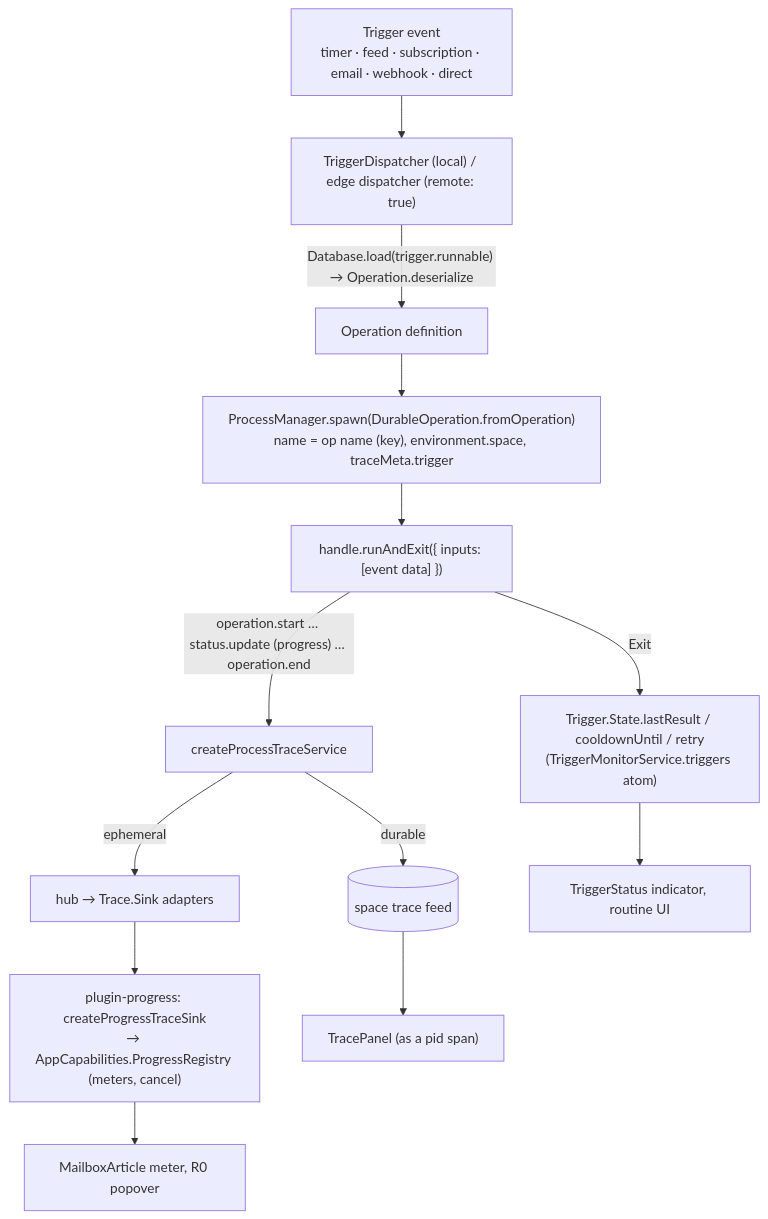
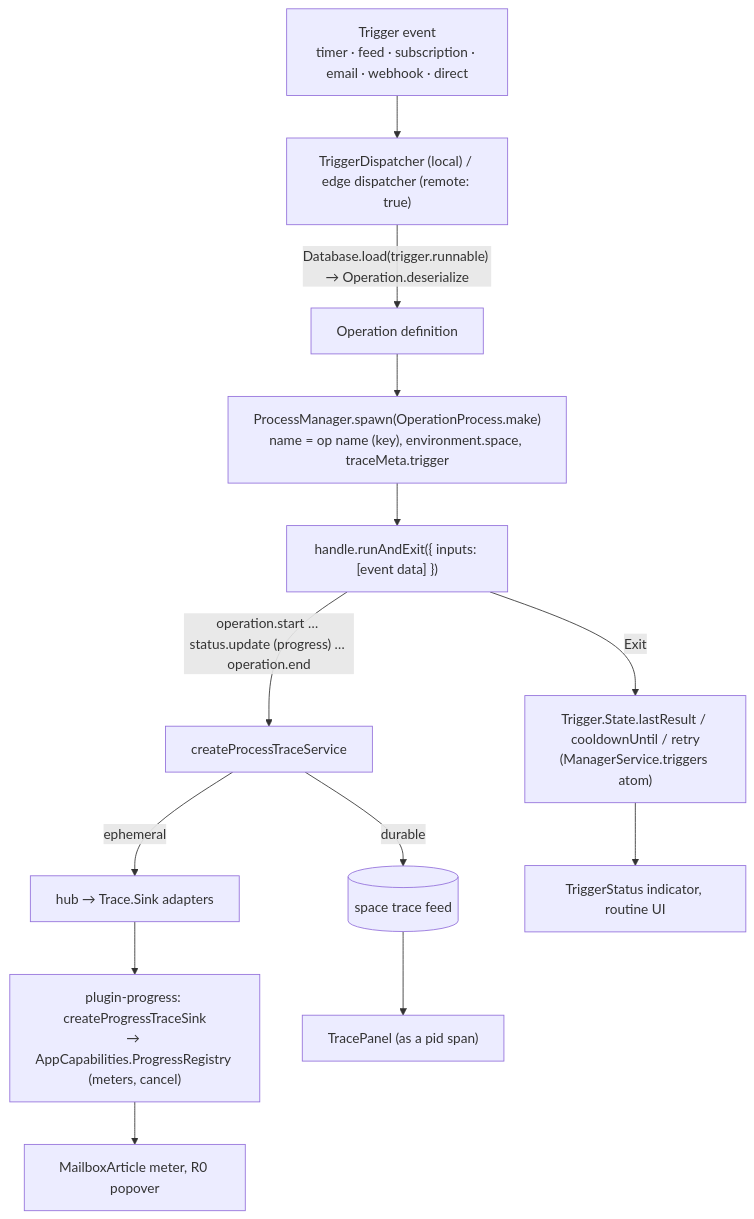
One commit to dxos/dxos changed the fourth of 9 diagrams in packages/plugins/plugin-assistant/docs/ACTIVITY.md. Above: the diagram before and after it, drawn with Mermaid. The commit also changed other lines of this file and 66 other files, not shown here.

Commit message:
compute: two-stage durable operations, process-backed invoker, one Process type (#13727)

````diff
--- a/packages/plugins/plugin-assistant/docs/ACTIVITY.md
+++ b/packages/plugins/plugin-assistant/docs/ACTIVITY.md
@@ -271,15 +271,15 @@
 ```mermaid
 flowchart TB
   EV["Trigger event<br/>timer · feed · subscription · email · webhook · direct"] --> TD
   TD["TriggerDispatcher (local) / edge dispatcher (remote: true)"] -->|"Database.load(trigger.runnable) → Operation.deserialize"| DEF[Operation definition]
-  DEF --> SP["ProcessManager.spawn(DurableOperation.fromOperation)<br/>name = op name (key), environment.space, traceMeta.trigger"]
+  DEF --> SP["ProcessManager.spawn(OperationProcess.make)<br/>name = op name (key), environment.space, traceMeta.trigger"]
   SP --> RUN["handle.runAndExit({ inputs: [event data] })"]
   RUN -->|"operation.start … status.update (progress) … operation.end"| TS[createProcessTraceService]
   TS -->|durable| FEED[("space trace feed")]
   TS -->|ephemeral| HUB["hub → Trace.Sink adapters"]
   HUB --> PR["plugin-progress: createProgressTraceSink<br/>→ AppCapabilities.ProgressRegistry (meters, cancel)"]
-  RUN -->|Exit| ST["Trigger.State.lastResult / cooldownUntil / retry<br/>(TriggerMonitorService.triggers atom)"]
+  RUN -->|Exit| ST["Trigger.State.lastResult / cooldownUntil / retry<br/>(ManagerService.triggers atom)"]
   ST --> TSTAT["TriggerStatus indicator, routine UI"]
   FEED --> TP["TracePanel (as a pid span)"]
   PR --> METER["MailboxArticle meter, R0 popover"]
 ```
````
